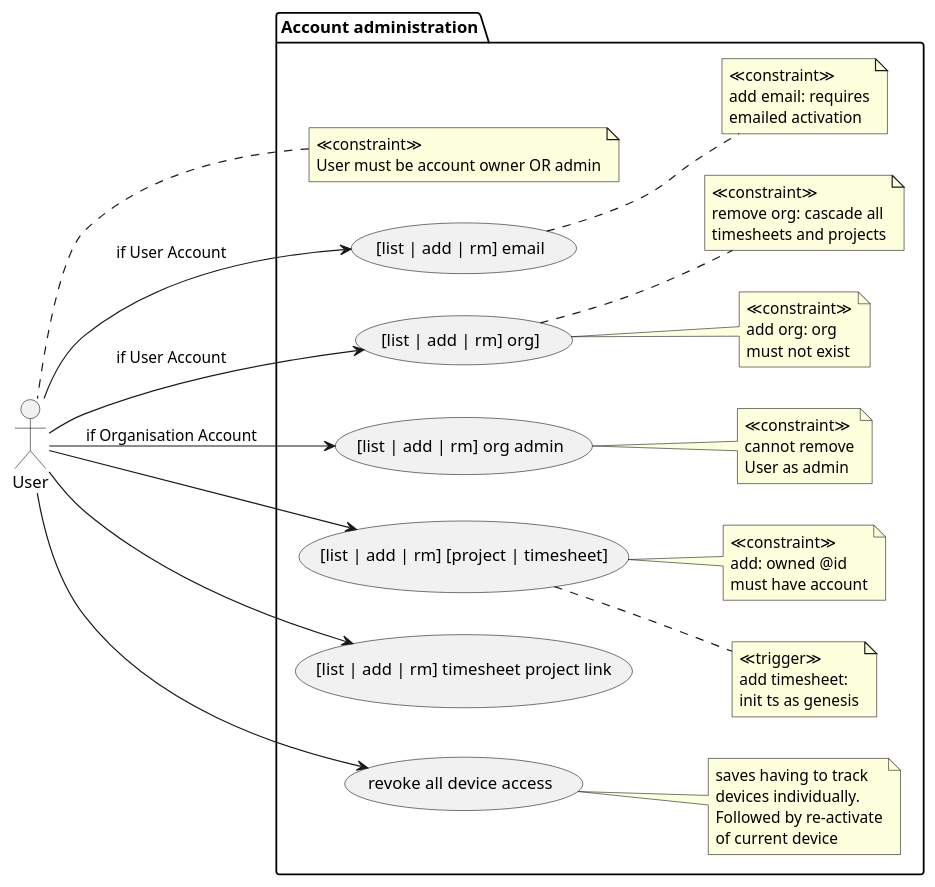
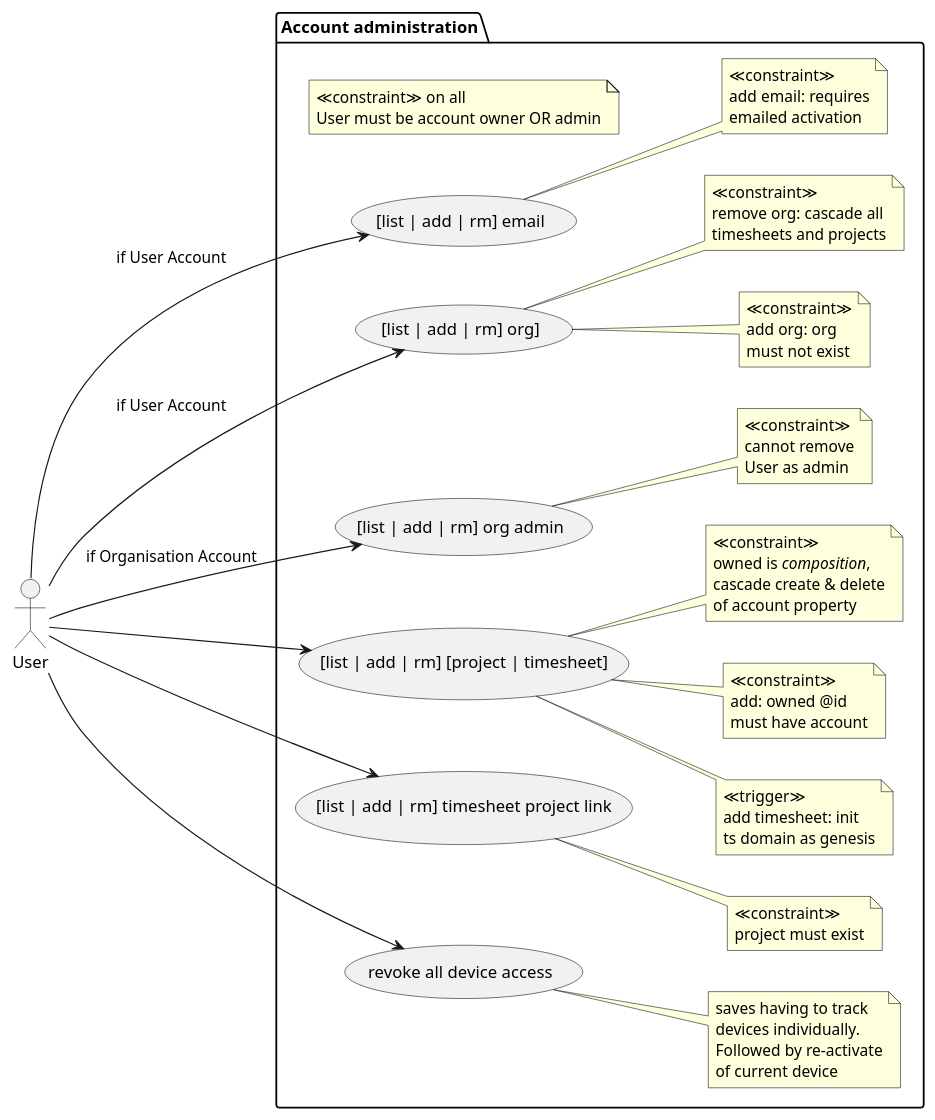
Before and after one commit to m-ld/timeld: the diagram in architecture/use-case/administration.use-case.puml, drawn with PlantUML. The commit also changed 24 other files, not shown here.

Commit message:
#16: Listing, adding, removing timesheet-project links in CLI admin session Admin session tests

```diff
--- a/architecture/use-case/administration.use-case.puml
+++ b/architecture/use-case/administration.use-case.puml
@@ -1,66 +1,73 @@
 @startuml
 'https://plantuml.com/use-case-diagram
 left to right direction
 
 actor User
 package "Account administration" {
-  note top
-    ≪constraint≫
-    User must be account owner OR admin
-  end note
+  note "≪constraint≫ on all\nUser must be account owner OR admin" as appliesToAll
 
   usecase userAdminEmail as ([list | add | rm] email)
   User --> userAdminEmail: if User Account
   note right of userAdminEmail
     ' TODO
     ≪constraint≫
     add email: requires
     emailed activation
   end note
 
   usecase userAdminOrg as ([list | add | rm] org])
   User --> userAdminOrg: if User Account
   note right of userAdminOrg
     ≪constraint≫
     add org: org
     must not exist
   end note
   note right of userAdminOrg
     ≪constraint≫
     remove org: cascade all
     timesheets and projects
   end note
   usecase orgAdmin as ([list | add | rm] org admin)
   User --> orgAdmin: if Organisation Account
   note right of orgAdmin
     ≪constraint≫
     cannot remove
     User as admin
   end note
 
   usecase ownedAdmin as ([list | add | rm] [project | timesheet])
   User --> ownedAdmin
   note right of ownedAdmin
     ≪trigger≫
-    add timesheet:
-    init ts as genesis
+    add timesheet: init
+    ts domain as genesis
   end note
   note right of ownedAdmin
     ≪constraint≫
     add: owned @id
     must have account
   end note
+  note right of ownedAdmin
+    ≪constraint≫
+    owned is //composition//,
+    cascade create & delete
+    of account property
+  end note
 
   User --> ([list | add | rm] timesheet project link)
+  note right
+    ≪constraint≫
+    project must exist
+  end note
 
   ' TODO
   User --> (revoke all device access)
   note right
     saves having to track
     devices individually.
     Followed by re-activate
     of current device
   end note
 }
 
 @enduml
```
